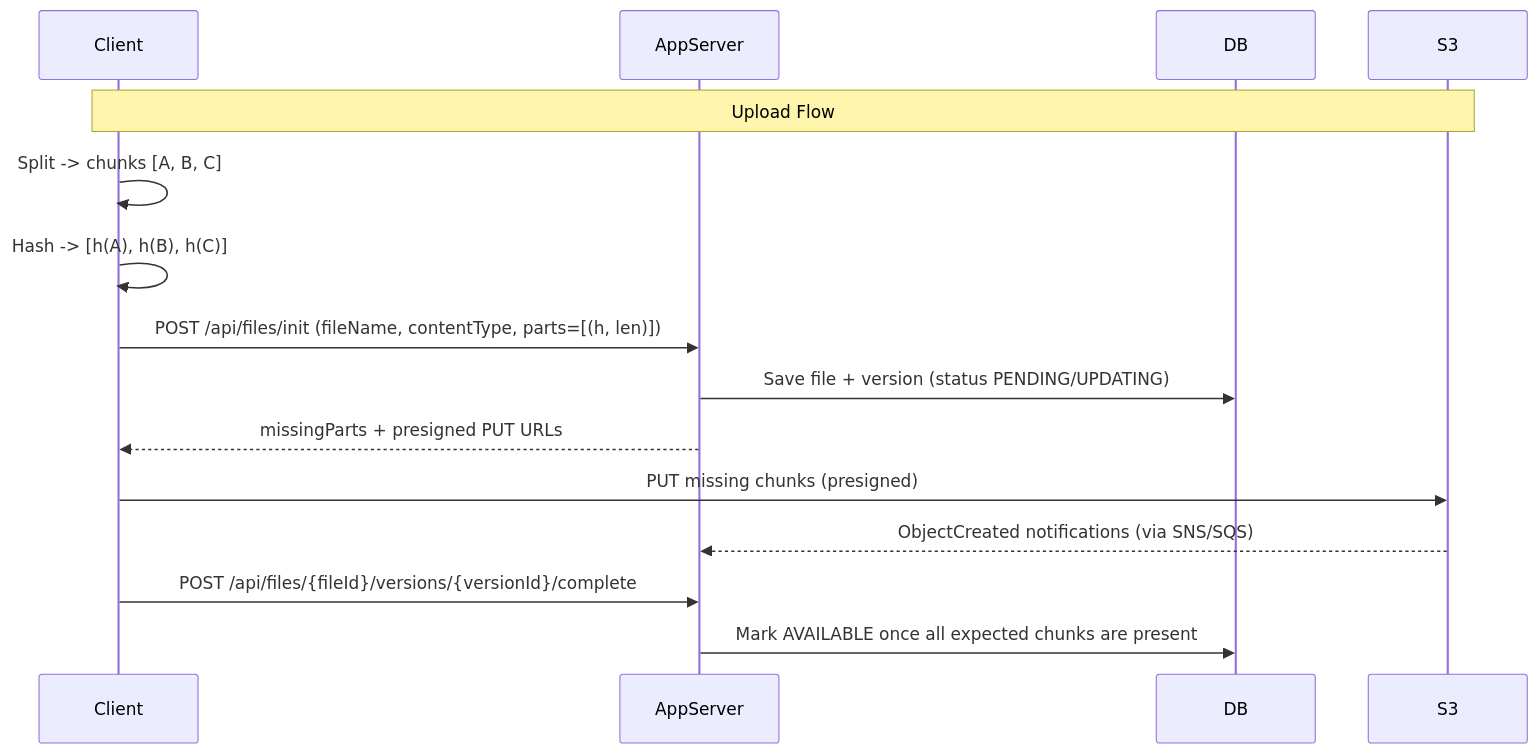
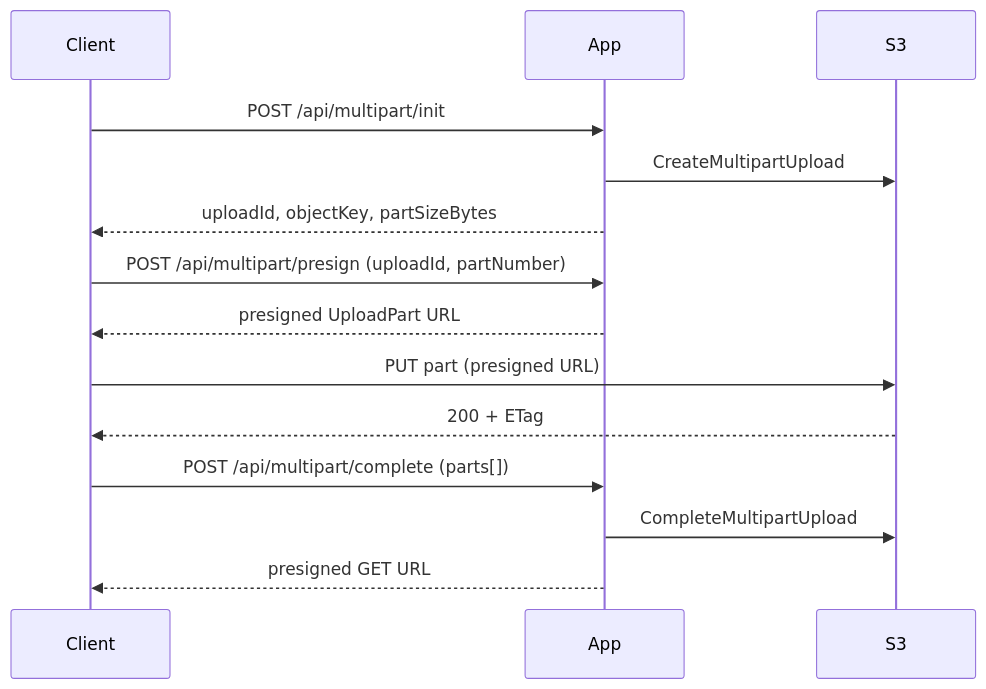
One commit to ShalomDeitch1/examples changed the sixth of 10 diagrams in dropbox/README.md. Above: the diagram before and after it, drawn with Mermaid. The commit also changed other lines of this file, not shown here.

````diff
--- a/dropbox/README.md
+++ b/dropbox/README.md
@@ -278,18 +122,19 @@
 ```mermaid
 sequenceDiagram
-    participant Client
-    participant AppServer
-    participant DB
-    participant S3
+  participant Client
+  participant App
+  participant S3
 
-    Note over Client, S3: Upload Flow
-    Client->>Client: Split -> chunks [A, B, C]
-    Client->>Client: Hash -> [h(A), h(B), h(C)]
-    Client->>AppServer: POST /api/files/init (fileName, contentType, parts=[(h, len)])
-    AppServer->>DB: Save file + version (status PENDING/UPDATING)
-    AppServer-->>Client: missingParts + presigned PUT URLs
-    Client->>S3: PUT missing chunks (presigned)
-    S3-->>AppServer: ObjectCreated notifications (via SNS/SQS)
-    Client->>AppServer: POST /api/files/{fileId}/versions/{versionId}/complete
-    AppServer->>DB: Mark AVAILABLE once all expected chunks are present
+  Client->>App: POST /api/multipart/init
+  App->>S3: CreateMultipartUpload
+  App-->>Client: uploadId, objectKey, partSizeBytes
+
+  Client->>App: POST /api/multipart/presign (uploadId, partNumber)
+  App-->>Client: presigned UploadPart URL
+  Client->>S3: PUT part (presigned URL)
+  S3-->>Client: 200 + ETag
+
+  Client->>App: POST /api/multipart/complete (parts[])
+  App->>S3: CompleteMultipartUpload
+  App-->>Client: presigned GET URL
 ```
````
